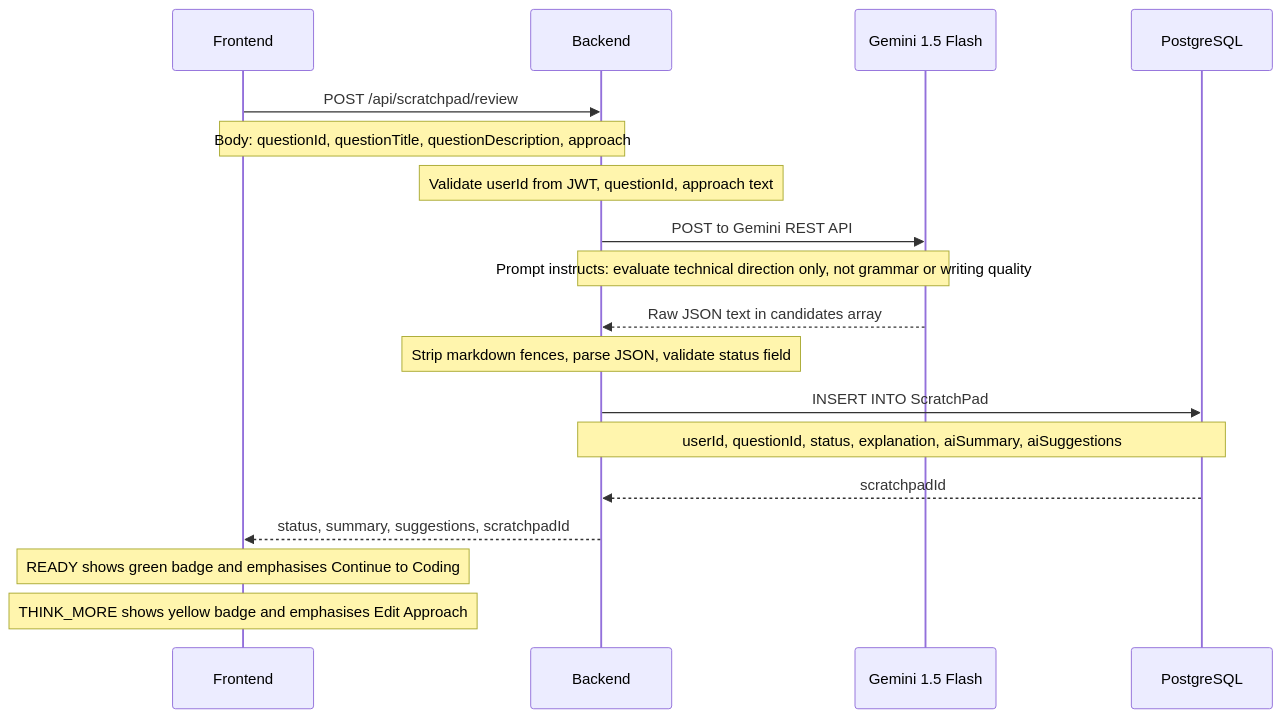
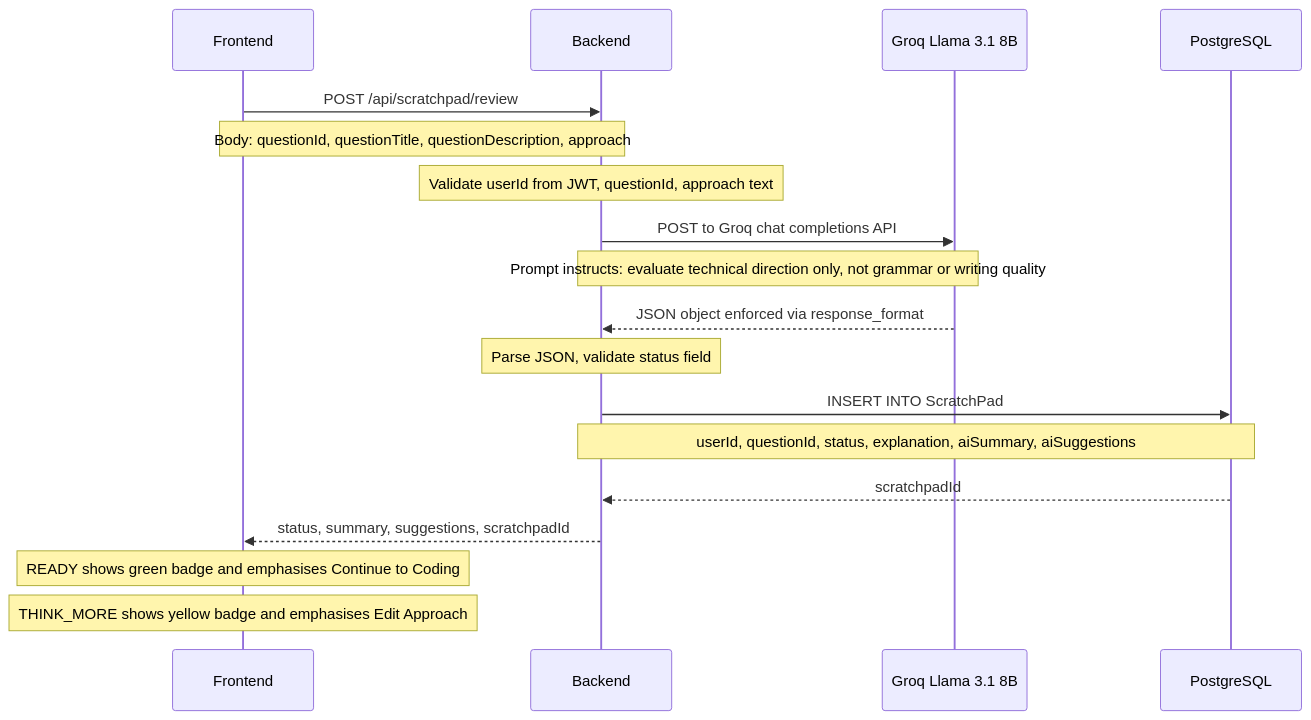
Before and after one commit to yatinsingh2007/VintiCode: the sixth of 6 diagrams in README.md, drawn with Mermaid. The commit also changed other lines of this file and 1 other file, not shown here.

Commit message:
refactor: replace Gemini 1.5 Flash with Llama 3.1 8B via Groq for AI approach reviews

````diff
--- a/README.md
+++ b/README.md
@@ -311,27 +311,27 @@
 ```mermaid
 sequenceDiagram
     participant FE as Frontend
     participant BE as Backend
-    participant GM as Gemini 1.5 Flash
+    participant GR as Groq Llama 3.1 8B
     participant DB as PostgreSQL
 
     FE->>BE: POST /api/scratchpad/review
     Note over FE,BE: Body: questionId, questionTitle, questionDescription, approach
 
     Note over BE: Validate userId from JWT, questionId, approach text
 
-    BE->>GM: POST to Gemini REST API
-    Note over BE,GM: Prompt instructs: evaluate technical direction only, not grammar or writing quality
-    GM-->>BE: Raw JSON text in candidates array
+    BE->>GR: POST to Groq chat completions API
+    Note over BE,GR: Prompt instructs: evaluate technical direction only, not grammar or writing quality
+    GR-->>BE: JSON object enforced via response_format
 
-    Note over BE: Strip markdown fences, parse JSON, validate status field
+    Note over BE: Parse JSON, validate status field
 
     BE->>DB: INSERT INTO ScratchPad
     Note over BE,DB: userId, questionId, status, explanation, aiSummary, aiSuggestions
     DB-->>BE: scratchpadId
 
     BE-->>FE: status, summary, suggestions, scratchpadId
 
     Note over FE: READY shows green badge and emphasises Continue to Coding
     Note over FE: THINK_MORE shows yellow badge and emphasises Edit Approach
 ```
````
